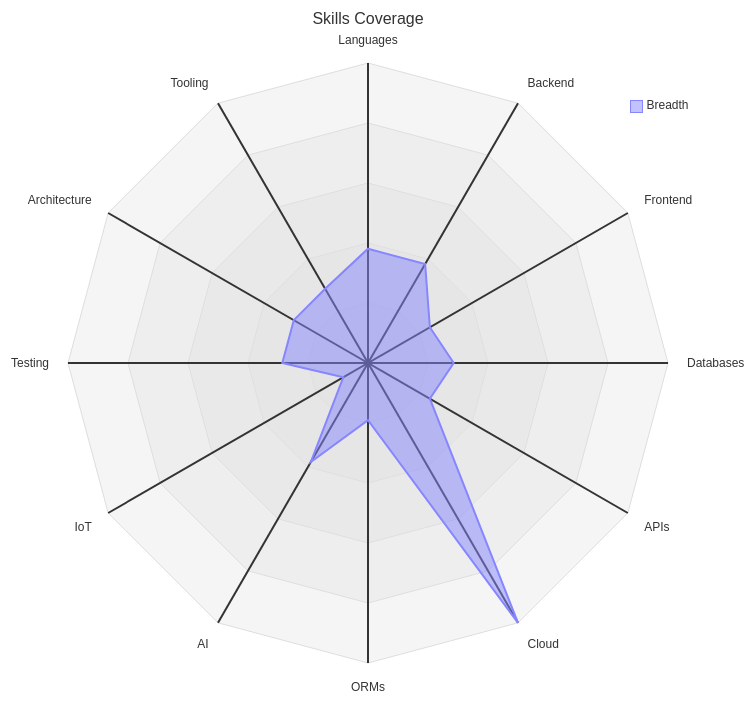
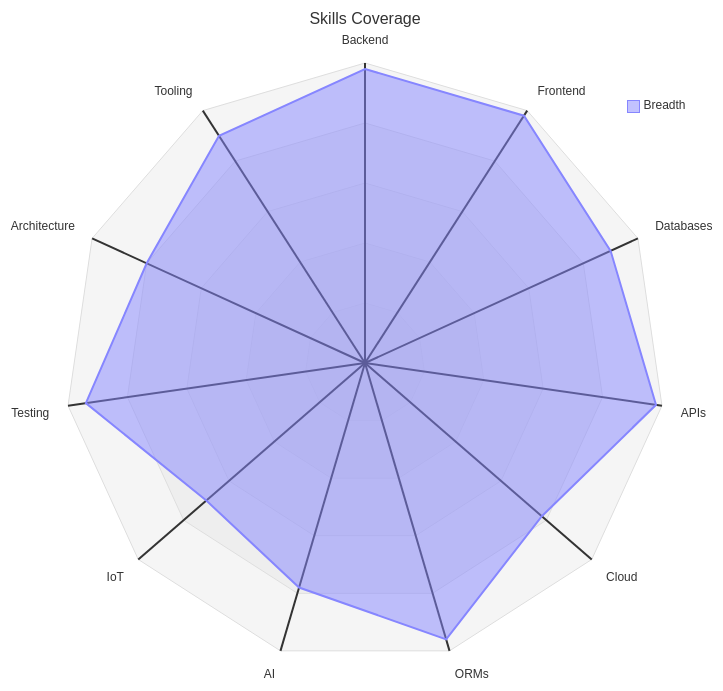
One commit to virgenherrera/virgenherrera changed the first of 2 diagrams in README.md. Above: the diagram before and after it, drawn with Mermaid. The commit also changed other lines of this file and 32 other files, not shown here.

````diff
--- a/README.md
+++ b/README.md
@@ -40,7 +40,9 @@
 ```mermaid
 radar-beta
   title Skills Coverage
-  axis Languages, Backend, Frontend, Databases, APIs, Cloud, ORMs, AI, IoT, Testing, Architecture, Tooling
-  curve Breadth{8, 8, 5, 6, 5, 21, 4, 8, 2, 6, 6, 6}
+  axis Backend, Frontend, Databases, APIs, Cloud, ORMs, AI, IoT, Testing, Architecture, Tooling
+  curve Breadth{4.9, 4.9, 4.5, 4.9, 3.9, 4.8, 3.9, 3.5, 4.7, 4, 4.5}
   graticule polygon
+  max 5
+  min 0
 ```
````
